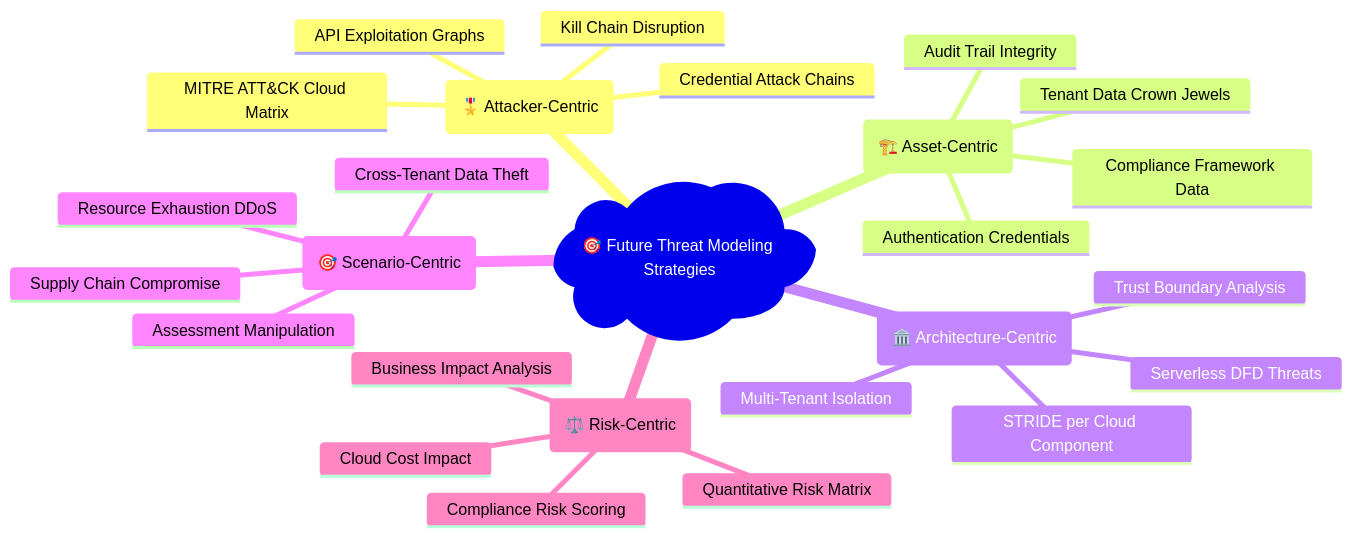
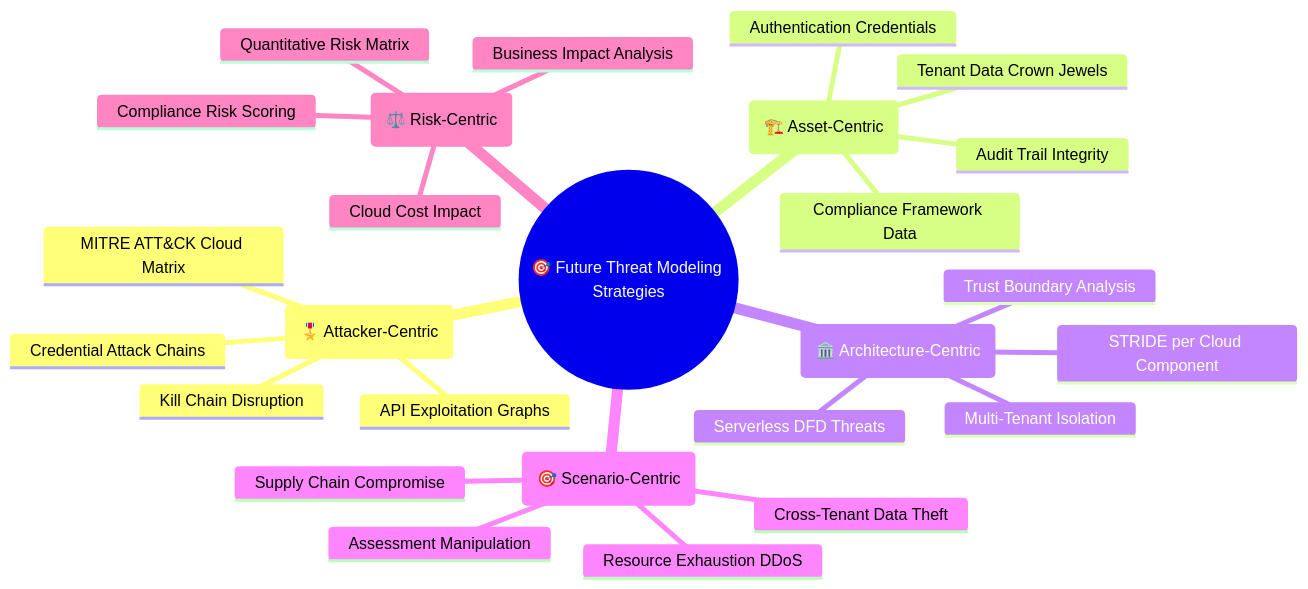
Before and after one commit to Hack23/cia-compliance-manager: the third of 4 diagrams in docs/architecture/FUTURE_THREAT_MODEL.md, drawn with Mermaid.

Commit message:
Fix Mermaid mindmap root node syntax in FUTURE_THREAT_MODEL.md

````diff
--- a/docs/architecture/FUTURE_THREAT_MODEL.md
+++ b/docs/architecture/FUTURE_THREAT_MODEL.md
@@ -403,29 +403,29 @@
 ```mermaid
 mindmap
-  root)🎯 Future Threat Modeling Strategies(
+  root((🎯 Future Threat Modeling Strategies))
     (🎖️ Attacker-Centric)
       MITRE ATT&CK Cloud Matrix
       Kill Chain Disruption
       Credential Attack Chains
       API Exploitation Graphs
     (🏗️ Asset-Centric)
       Tenant Data Crown Jewels
       Authentication Credentials
       Compliance Framework Data
       Audit Trail Integrity
     (🏛️ Architecture-Centric)
       STRIDE per Cloud Component
       Trust Boundary Analysis
       Multi-Tenant Isolation
       Serverless DFD Threats
     (🎯 Scenario-Centric)
       Cross-Tenant Data Theft
       Assessment Manipulation
       Resource Exhaustion DDoS
       Supply Chain Compromise
     (⚖️ Risk-Centric)
       Quantitative Risk Matrix
       Business Impact Analysis
       Compliance Risk Scoring
       Cloud Cost Impact
 ```
````
